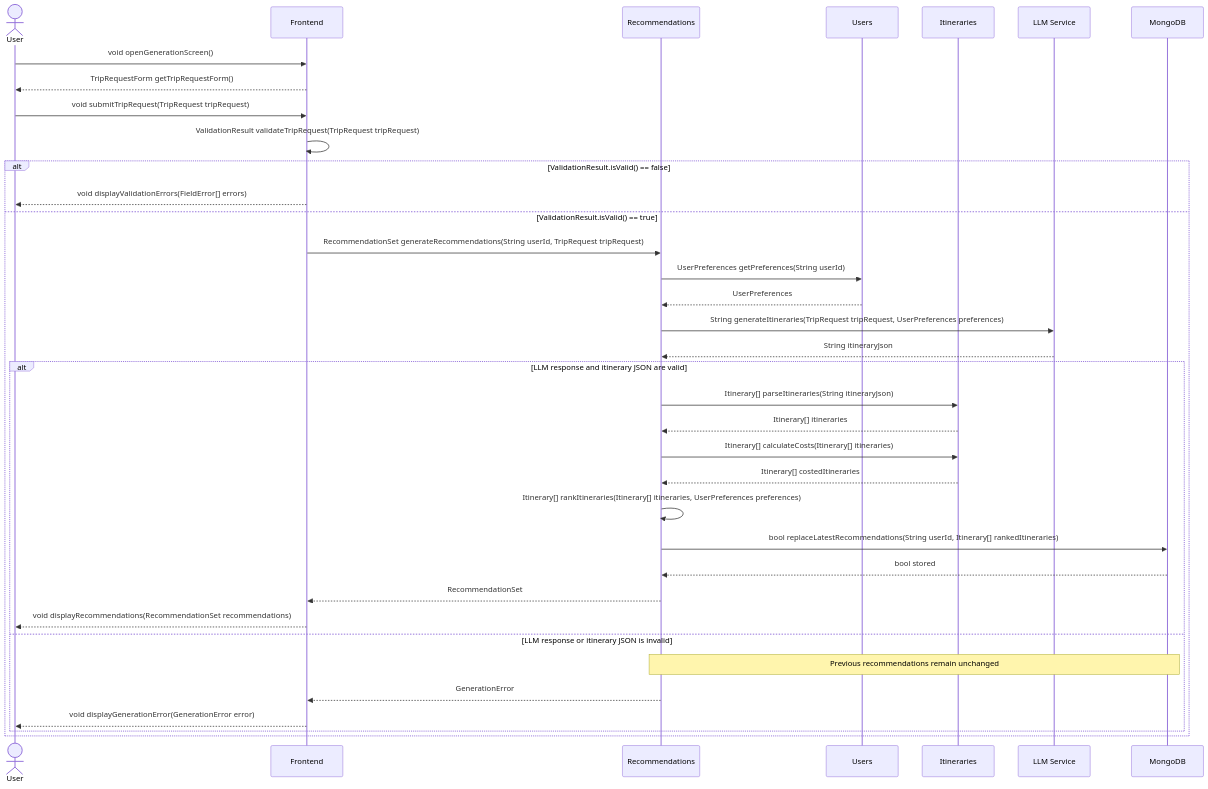
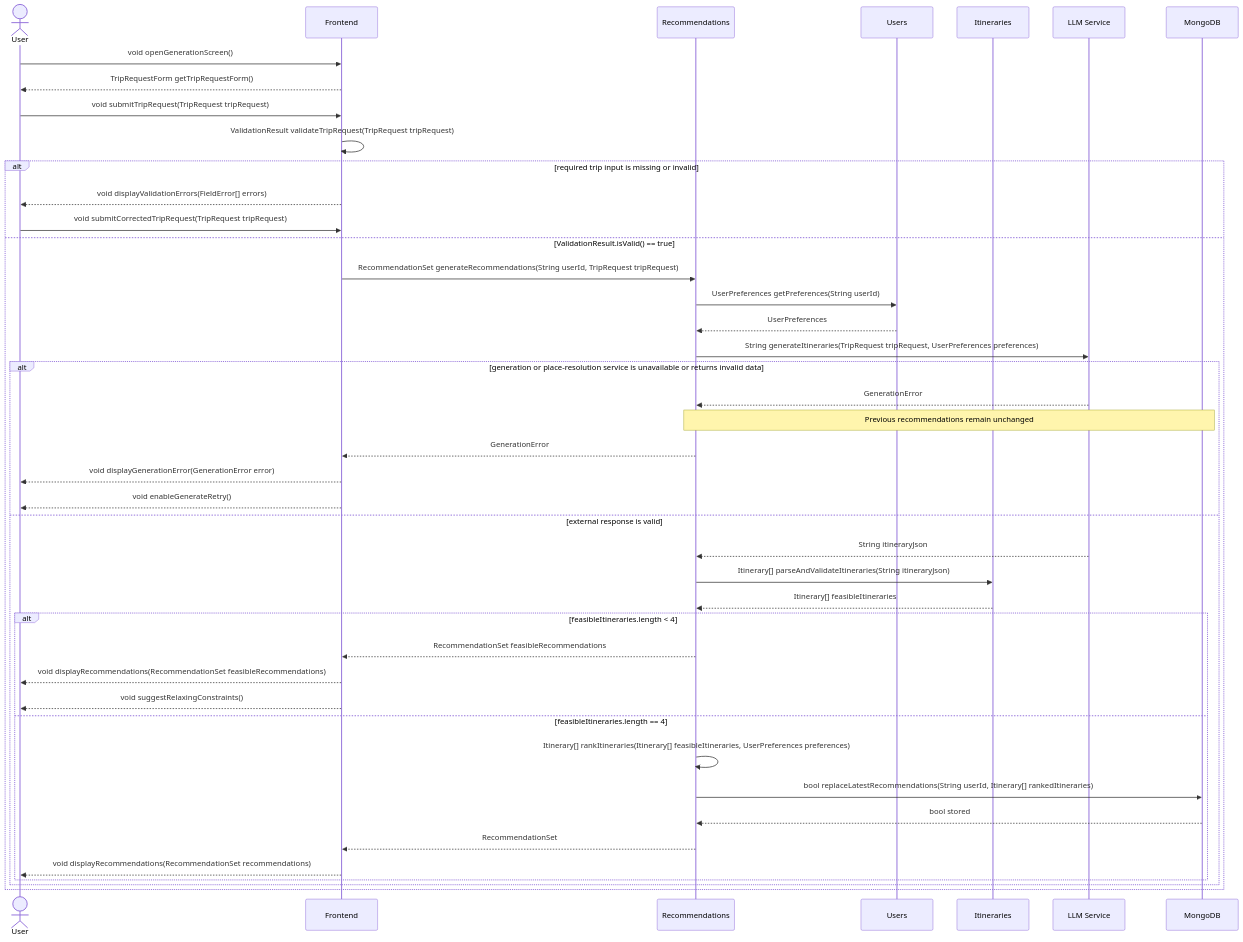
Before and after one commit to UBC-CPEN-V-321/W2026: the diagram in documentation/images/generate_itineraries_seq_diagram.mmd, drawn with Mermaid. The commit also changed 83 other files, not shown here.

```diff
--- a/documentation/images/generate_itineraries_seq_diagram.mmd
+++ b/documentation/images/generate_itineraries_seq_diagram.mmd
@@ -1,48 +1,55 @@
 sequenceDiagram
     actor User
     participant Frontend
     participant Recommendations
     participant Users
     participant Itineraries
     participant LLM as LLM Service
     participant MongoDB
 
     User->>Frontend: void openGenerationScreen()
     Frontend-->>User: TripRequestForm getTripRequestForm()
 
     User->>Frontend: void submitTripRequest(TripRequest tripRequest)
     Frontend->>Frontend: ValidationResult validateTripRequest(TripRequest tripRequest)
 
-    alt ValidationResult.isValid() == false
+    alt required trip input is missing or invalid
         Frontend-->>User: void displayValidationErrors(FieldError[] errors)
+        User->>Frontend: void submitCorrectedTripRequest(TripRequest tripRequest)
 
     else ValidationResult.isValid() == true
         Frontend->>Recommendations: RecommendationSet generateRecommendations(String userId, TripRequest tripRequest)
 
         Recommendations->>Users: UserPreferences getPreferences(String userId)
         Users-->>Recommendations: UserPreferences
 
         Recommendations->>LLM: String generateItineraries(TripRequest tripRequest, UserPreferences preferences)
-        LLM-->>Recommendations: String itineraryJson
 
-        alt LLM response and itinerary JSON are valid
-            Recommendations->>Itineraries: Itinerary[] parseItineraries(String itineraryJson)
-            Itineraries-->>Recommendations: Itinerary[] itineraries
-
-            Recommendations->>Itineraries: Itinerary[] calculateCosts(Itinerary[] itineraries)
-            Itineraries-->>Recommendations: Itinerary[] costedItineraries
-
-            Recommendations->>Recommendations: Itinerary[] rankItineraries(Itinerary[] itineraries, UserPreferences preferences)
-
-            Recommendations->>MongoDB: bool replaceLatestRecommendations(String userId, Itinerary[] rankedItineraries)
-            MongoDB-->>Recommendations: bool stored
-
-            Recommendations-->>Frontend: RecommendationSet
-            Frontend-->>User: void displayRecommendations(RecommendationSet recommendations)
-
-        else LLM response or itinerary JSON is invalid
+        alt generation or place-resolution service is unavailable or returns invalid data
+            LLM-->>Recommendations: GenerationError
             Note over Recommendations,MongoDB: Previous recommendations remain unchanged
             Recommendations-->>Frontend: GenerationError
             Frontend-->>User: void displayGenerationError(GenerationError error)
+            Frontend-->>User: void enableGenerateRetry()
+
+        else external response is valid
+            LLM-->>Recommendations: String itineraryJson
+            Recommendations->>Itineraries: Itinerary[] parseAndValidateItineraries(String itineraryJson)
+            Itineraries-->>Recommendations: Itinerary[] feasibleItineraries
+
+            alt feasibleItineraries.length < 4
+                Recommendations-->>Frontend: RecommendationSet feasibleRecommendations
+                Frontend-->>User: void displayRecommendations(RecommendationSet feasibleRecommendations)
+                Frontend-->>User: void suggestRelaxingConstraints()
+
+            else feasibleItineraries.length == 4
+                Recommendations->>Recommendations: Itinerary[] rankItineraries(Itinerary[] feasibleItineraries, UserPreferences preferences)
+
+                Recommendations->>MongoDB: bool replaceLatestRecommendations(String userId, Itinerary[] rankedItineraries)
+                MongoDB-->>Recommendations: bool stored
+
+                Recommendations-->>Frontend: RecommendationSet
+                Frontend-->>User: void displayRecommendations(RecommendationSet recommendations)
+            end
         end
     end
```
